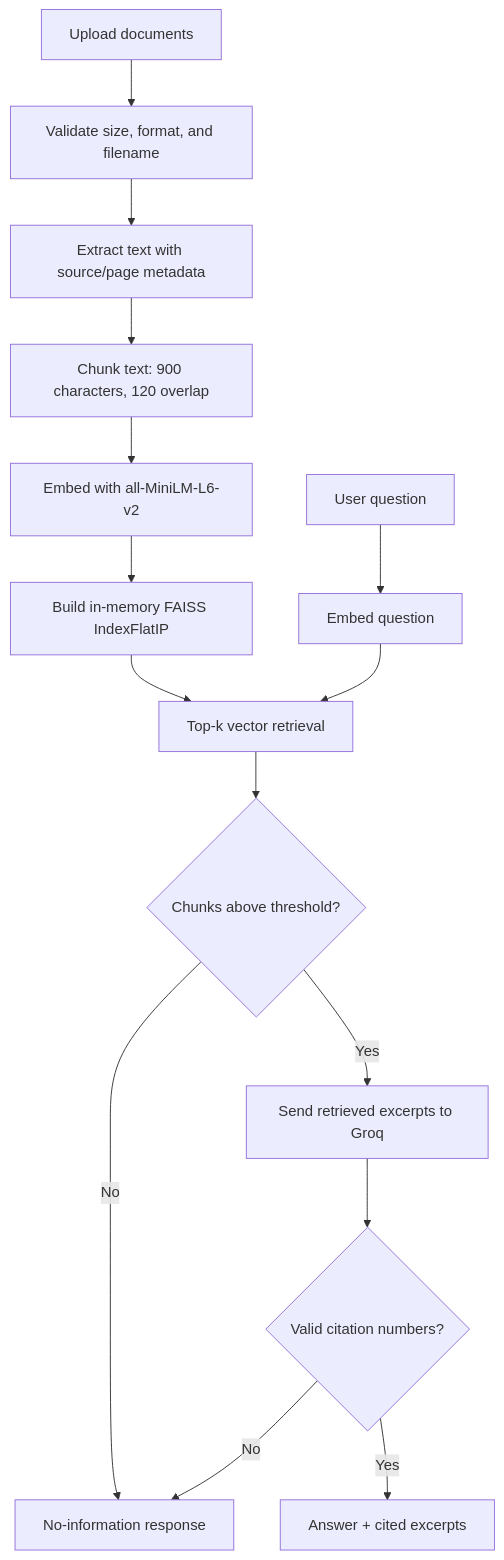
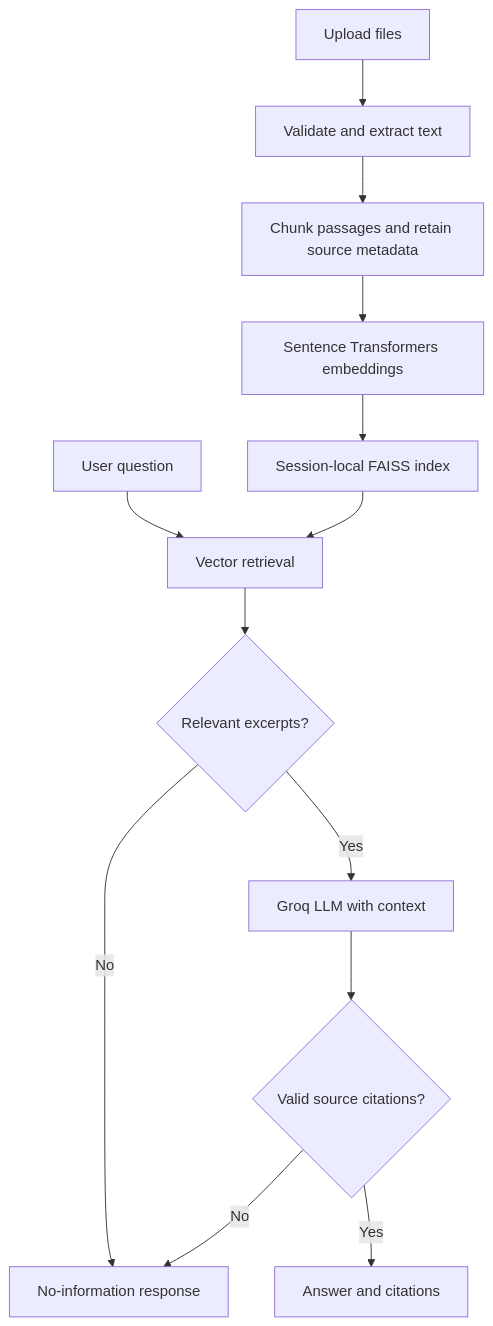
One commit to KOUSHIK1831/CampusGuide changed the diagram in README.md. Above: the diagram before and after it, drawn with Mermaid. The commit also changed other lines of this file, not shown here.

````diff
--- a/README.md
+++ b/README.md
@@ -108,17 +57,15 @@
 ```mermaid
 flowchart TD
-    A["Upload documents"] --> B["Validate size, format, and filename"]
-    B --> C["Extract text with source/page metadata"]
-    C --> D["Chunk text: 900 characters, 120 overlap"]
-    D --> E["Embed with all-MiniLM-L6-v2"]
-    E --> F["Build in-memory FAISS IndexFlatIP"]
-    G["User question"] --> H["Embed question"]
-    F --> I["Top-k vector retrieval"]
-    H --> I
-    I --> J{"Chunks above threshold?"}
-    J -->|No| K["No-information response"]
-    J -->|Yes| L["Send retrieved excerpts to Groq"]
-    L --> M{"Valid citation numbers?"}
-    M -->|No| K
-    M -->|Yes| N["Answer + cited excerpts"]
+    A[Upload files] --> B[Validate and extract text]
+    B --> C[Chunk passages and retain source metadata]
+    C --> D[Sentence Transformers embeddings]
+    D --> E[Session-local FAISS index]
+    F[User question] --> G[Vector retrieval]
+    E --> G
+    G --> H{Relevant excerpts?}
+    H -->|No| I[No-information response]
+    H -->|Yes| J[Groq LLM with context]
+    J --> K{Valid source citations?}
+    K -->|No| I
+    K -->|Yes| L[Answer and citations]
 ```
````
